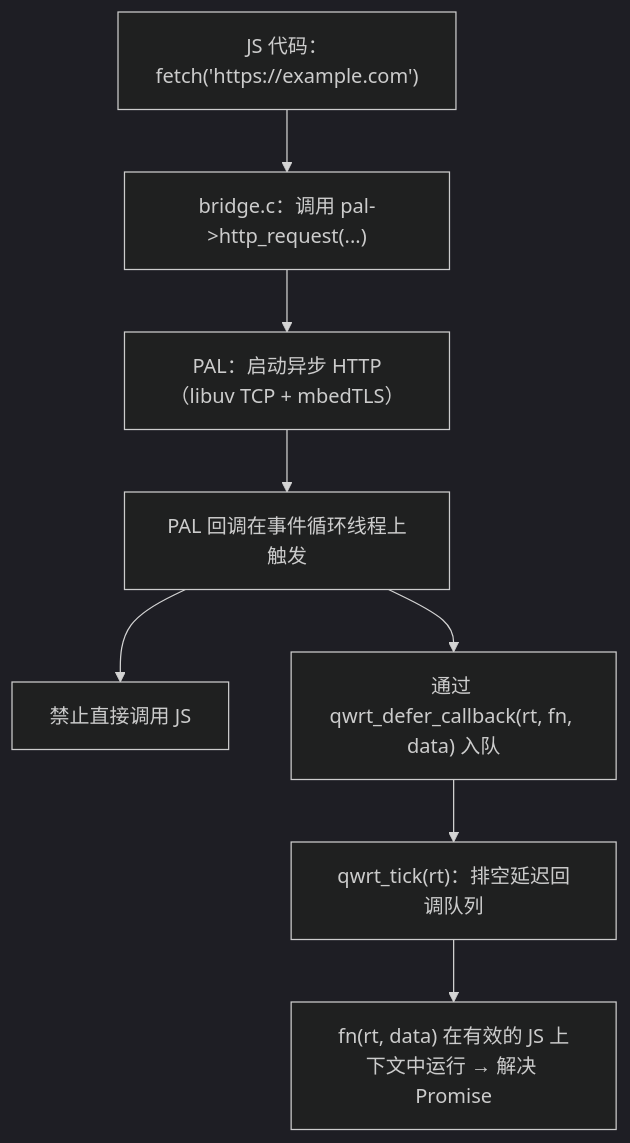
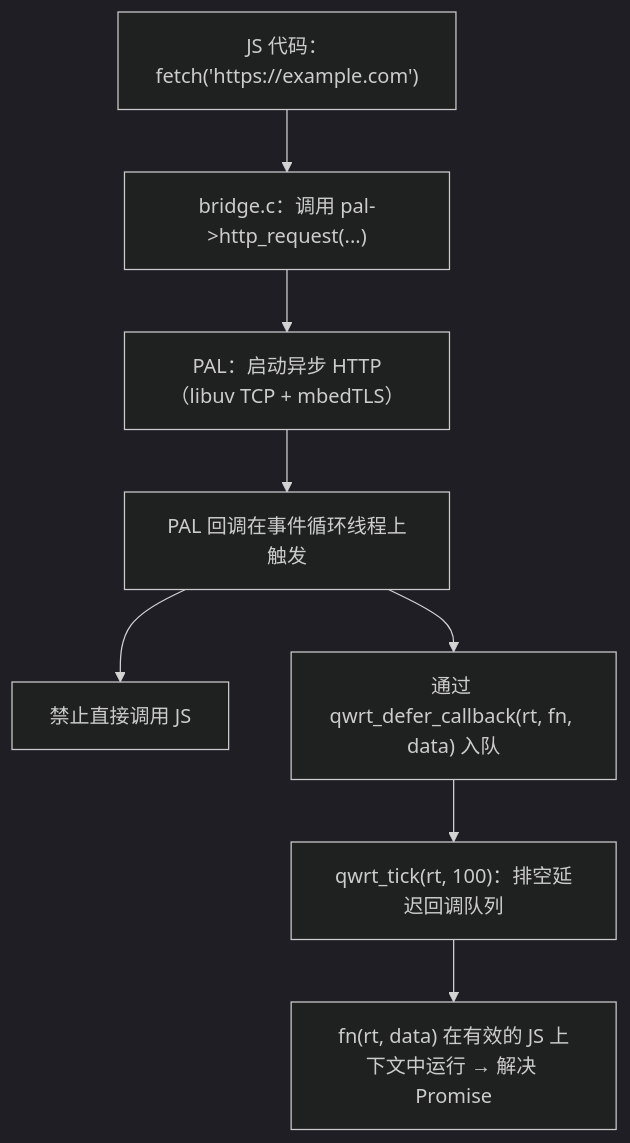
Before and after one commit to adam-ikari/qwrt: the diagram in docs/zh/guide/event-loop.md, drawn with Mermaid (dark theme). The commit also changed other lines of this file and 53 other files, not shown here.

First line of the commit message:
feat(qwrt): qwrt_tick encapsulates run_cycle — single unified call

````diff
--- a/docs/zh/guide/event-loop.md
+++ b/docs/zh/guide/event-loop.md
@@ -29,10 +29,10 @@
 ```mermaid
 flowchart TB
     A["JS 代码：fetch('https://example.com')"] --> B["bridge.c：调用 pal->http_request(...)"]
     B --> C["PAL：启动异步 HTTP（libuv TCP + mbedTLS）"]
     C --> D["PAL 回调在事件循环线程上触发"]
     D --> E["禁止直接调用 JS"]
     D --> F["通过 qwrt_defer_callback(rt, fn, data) 入队"]
-    F --> G["qwrt_tick(rt)：排空延迟回调队列"]
+    F --> G["qwrt_tick(rt, 100)：排空延迟回调队列"]
     G --> H["fn(rt, data) 在有效的 JS 上下文中运行 → 解决 Promise"]
 ```
````
